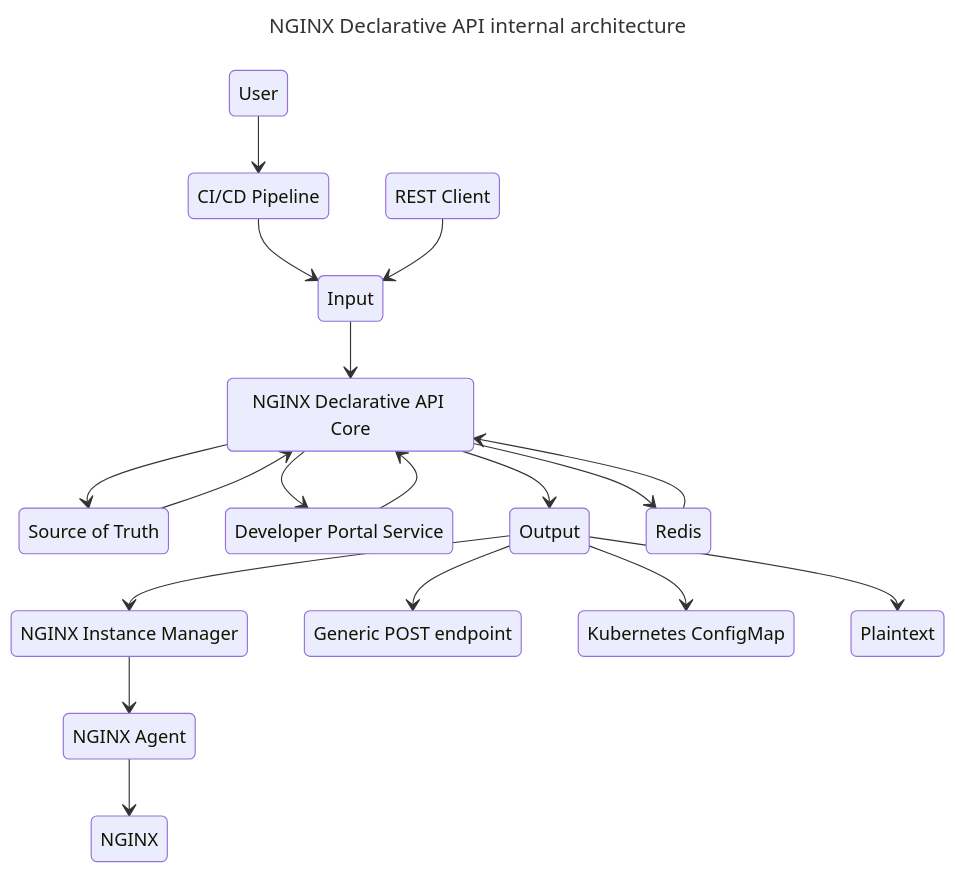
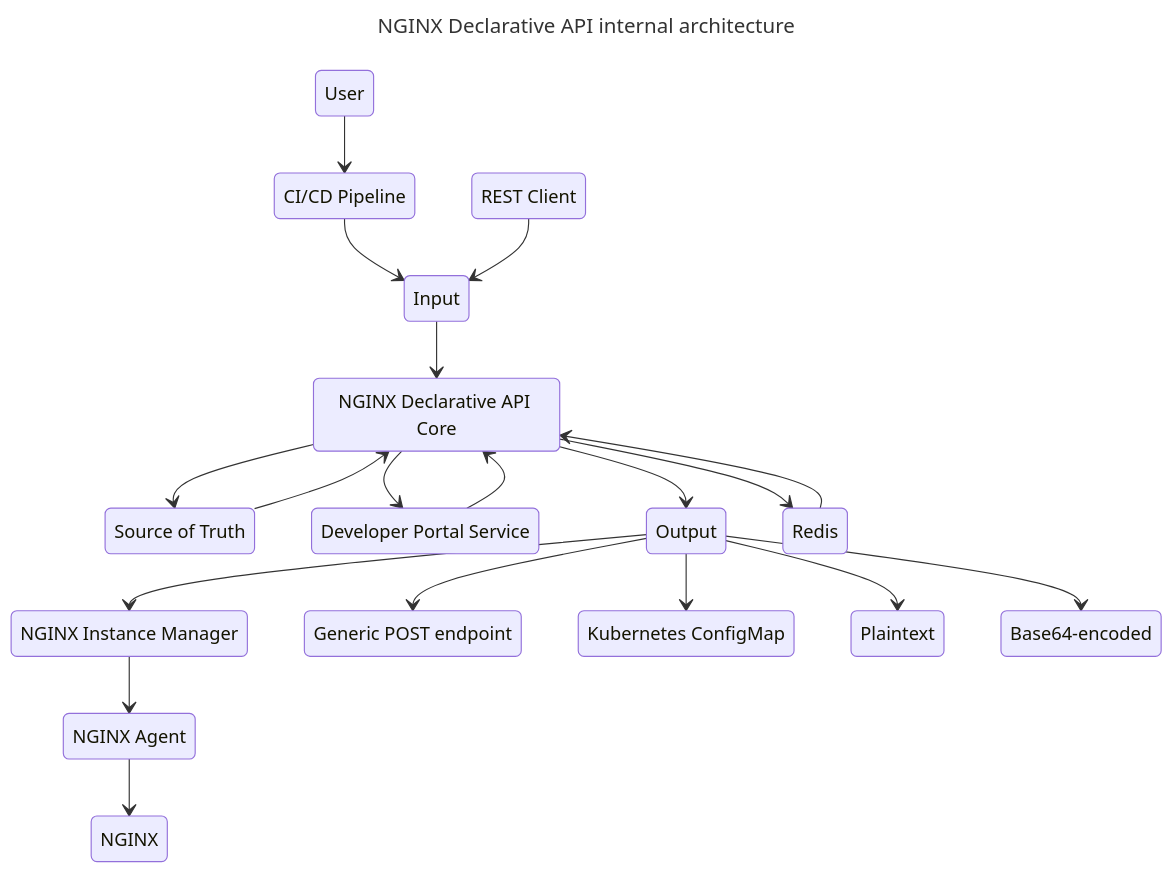
Before and after one commit to f5devcentral/NGINX-Declarative-API: the first of 2 diagrams in README.md, drawn with Mermaid. The commit also changed other lines of this file, not shown here.

````diff
--- a/README.md
+++ b/README.md
@@ -31,39 +31,41 @@
 ```mermaid
 ---
 title: NGINX Declarative API internal architecture
 ---
 stateDiagram-v2
     DevOps: User
     Client: REST Client
     Pipeline: CI/CD Pipeline
     NIM: NGINX Instance Manager
     AGENT: NGINX Agent
     NGINX: NGINX
     INPUT: Input
     SOT: Source of Truth
     NDAPI: NGINX Declarative API Core
     DEVP: Developer Portal Service
     OUTPUT: Output
     REDIS: Redis
     POST: Generic POST endpoint
     CONFIGMAP: Kubernetes ConfigMap
     PLAINTEXT: Plaintext
+    BASE64: Base64-encoded
 
     DevOps --> Pipeline
     Pipeline --> INPUT
     Client --> INPUT
     INPUT --> NDAPI
     NDAPI --> OUTPUT
     NDAPI --> SOT
     SOT --> NDAPI
     NDAPI --> REDIS
     REDIS --> NDAPI
+    OUTPUT --> BASE64
     OUTPUT --> POST
     OUTPUT --> CONFIGMAP
     OUTPUT --> PLAINTEXT
     OUTPUT --> NIM
     NDAPI --> DEVP
     DEVP --> NDAPI
     NIM --> AGENT
     AGENT --> NGINX
 ```
````
